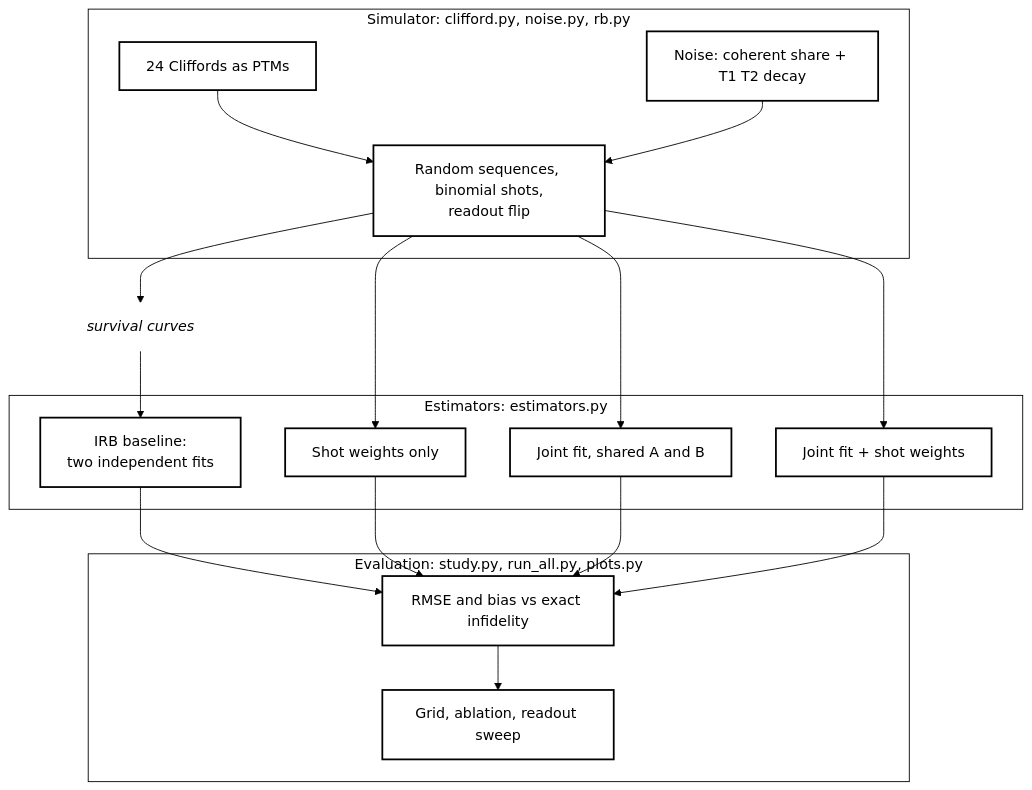
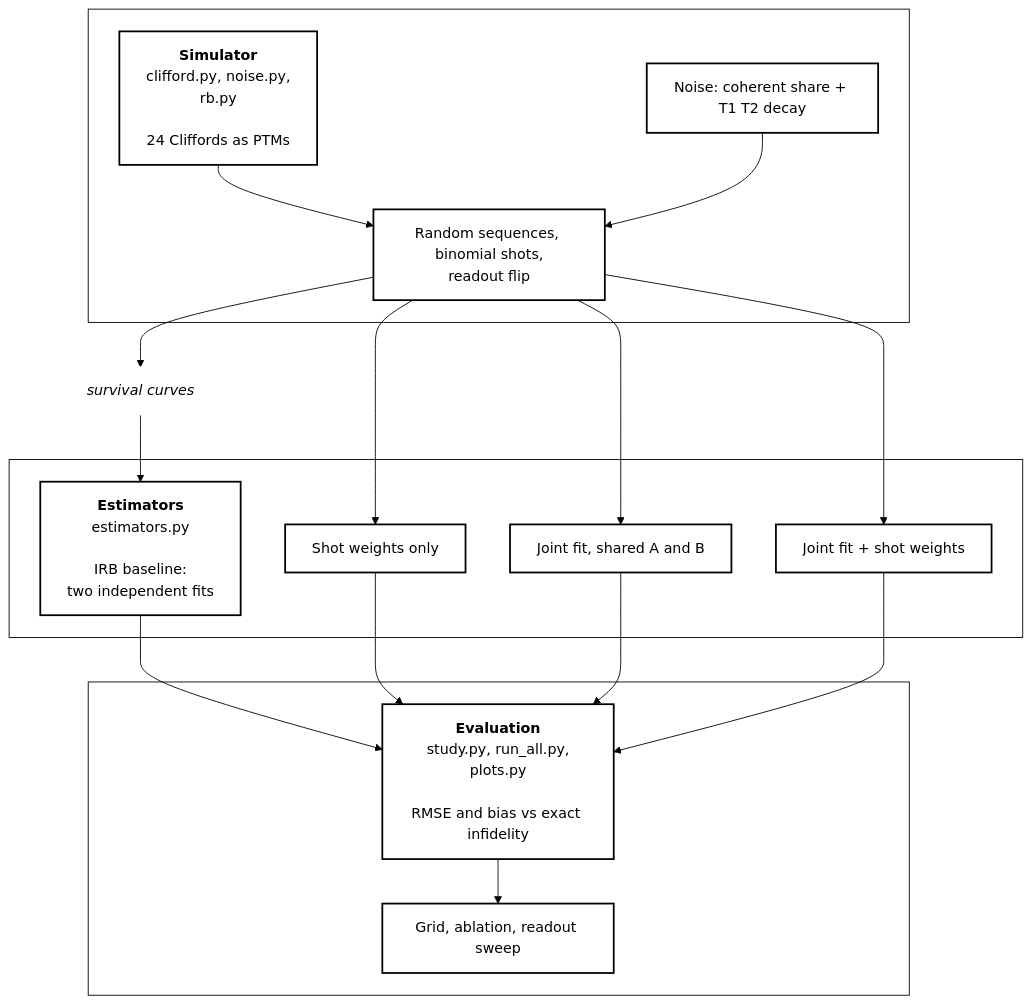
Before and after one commit to pradeepdegalaroyal/joint-fit-interleaved-rb-coherent-error: the diagram in README.md, drawn with Mermaid.

Commit message:
Diagram: move group titles inside boxes so arrows do not cross text

````diff
--- a/README.md
+++ b/README.md
@@ -100,35 +100,35 @@
 ```mermaid
 %%{init: {'theme': 'base', 'themeVariables': {'primaryColor': '#ffffff', 'primaryTextColor': '#000000', 'primaryBorderColor': '#000000', 'lineColor': '#000000', 'secondaryColor': '#ffffff', 'tertiaryColor': '#ffffff', 'background': '#ffffff', 'noteBkgColor': '#ffffff', 'noteTextColor': '#000000', 'actorBkg': '#ffffff', 'actorBorder': '#000000', 'actorTextColor': '#000000', 'signalColor': '#000000', 'signalTextColor': '#000000', 'labelBoxBkgColor': '#ffffff', 'labelTextColor': '#000000', 'clusterBkg': '#ffffff', 'clusterBorder': '#000000'}}}%%
 flowchart TD
-  subgraph Sim["Simulator: clifford.py, noise.py, rb.py"]
-    A["24 Cliffords as PTMs"]
+  subgraph Sim[" "]
+    A["<b>Simulator</b><br/>clifford.py, noise.py,<br/>rb.py<br/><br/>24 Cliffords as PTMs"]
     B["Noise: coherent share + T1 T2 decay"]
     C["Random sequences, binomial shots,<br/>readout flip"]
   end
-  subgraph Est["Estimators: estimators.py"]
-    D["IRB baseline:<br/>two independent fits"]
+  subgraph Est[" "]
+    D["<b>Estimators</b><br/>estimators.py<br/><br/>IRB baseline:<br/>two independent fits"]
     E["Shot weights only"]
     F["Joint fit, shared A and B"]
     G["Joint fit + shot weights"]
   end
-  subgraph Eval["Evaluation: study.py, run_all.py, plots.py"]
-    H["RMSE and bias vs exact infidelity"]
+  subgraph Eval[" "]
+    H["<b>Evaluation</b><br/>study.py, run_all.py,<br/>plots.py<br/><br/>RMSE and bias vs exact infidelity"]
     I["Grid, ablation, readout sweep"]
   end
   A --> C
   B --> C
   C --> EL1["survival curves"]
   EL1 --> D
   C --> E
   C --> F
   C --> G
   D --> H
   E --> H
   F --> H
   G --> H
   H --> I
   classDef bw fill:#ffffff,stroke:#000000,color:#000000,stroke-width:2px;
   class A,B,C,D,E,F,G,H,I bw;
   classDef lbl fill:#ffffff,stroke:#ffffff,color:#000000,font-style:italic;
   class EL1 lbl;
 ```
````
